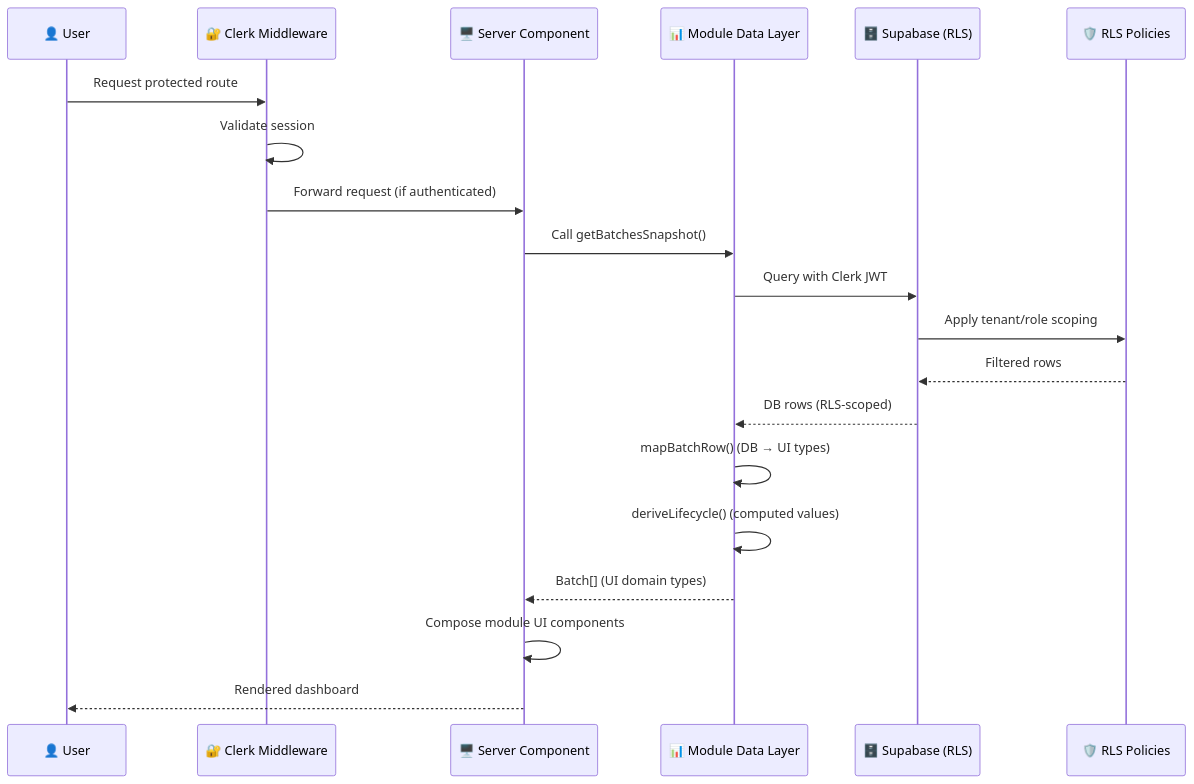
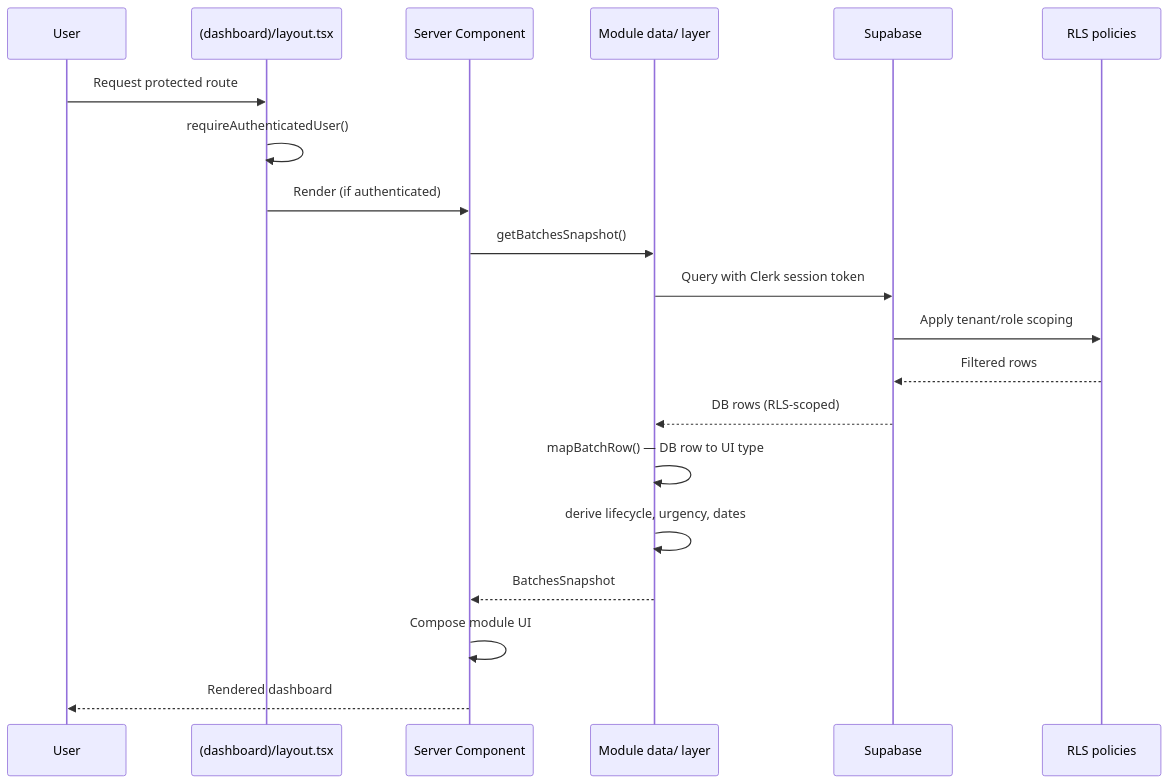
Before and after one commit to shuakyle21/tesda-compliance-manager: the third of 6 diagrams in docs/ARCHITECTURE_DIAGRAMS.md, drawn with Mermaid. The commit also changed other lines of this file and 3 other files, not shown here.

First line of the commit message:
docs(architecture): redraw diagrams and correct the security drift

````diff
--- a/docs/ARCHITECTURE_DIAGRAMS.md
+++ b/docs/ARCHITECTURE_DIAGRAMS.md
@@ -36,23 +100,23 @@
 ```mermaid
 sequenceDiagram
-    participant User as 👤 User
-    participant Clerk as 🔐 Clerk Middleware
-    participant SC as 🖥️ Server Component
-    participant Data as 📊 Module Data Layer
-    participant Supabase as 🗄️ Supabase (RLS)
-    participant RLS as 🛡️ RLS Policies
+    participant User
+    participant Layout as (dashboard)/layout.tsx
+    participant SC as Server Component
+    participant Data as Module data/ layer
+    participant Supabase
+    participant RLS as RLS policies
 
-    User->>Clerk: Request protected route
-    Clerk->>Clerk: Validate session
-    Clerk->>SC: Forward request (if authenticated)
-    SC->>Data: Call getBatchesSnapshot()
-    Data->>Supabase: Query with Clerk JWT
+    User->>Layout: Request protected route
+    Layout->>Layout: requireAuthenticatedUser()
+    Layout->>SC: Render (if authenticated)
+    SC->>Data: getBatchesSnapshot()
+    Data->>Supabase: Query with Clerk session token
     Supabase->>RLS: Apply tenant/role scoping
     RLS-->>Supabase: Filtered rows
     Supabase-->>Data: DB rows (RLS-scoped)
-    Data->>Data: mapBatchRow() (DB → UI types)
-    Data->>Data: deriveLifecycle() (computed values)
-    Data-->>SC: Batch[] (UI domain types)
-    SC->>SC: Compose module UI components
+    Data->>Data: mapBatchRow() — DB row to UI type
+    Data->>Data: derive lifecycle, urgency, dates
+    Data-->>SC: BatchesSnapshot
+    SC->>SC: Compose module UI
     SC-->>User: Rendered dashboard
 ```
````
